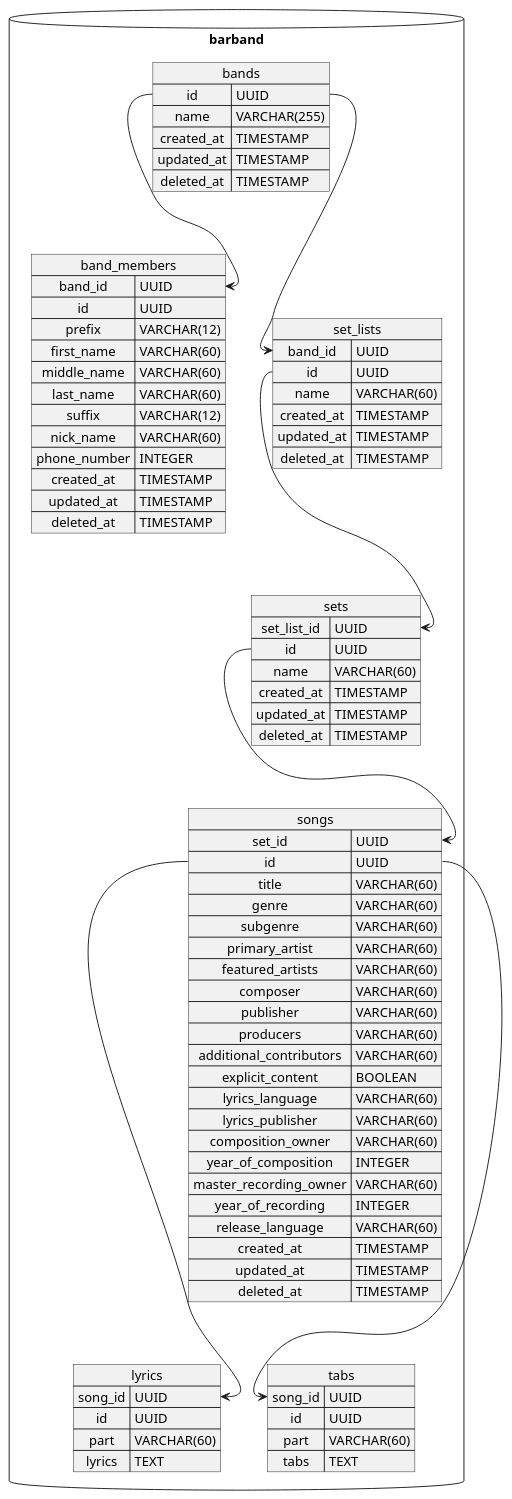
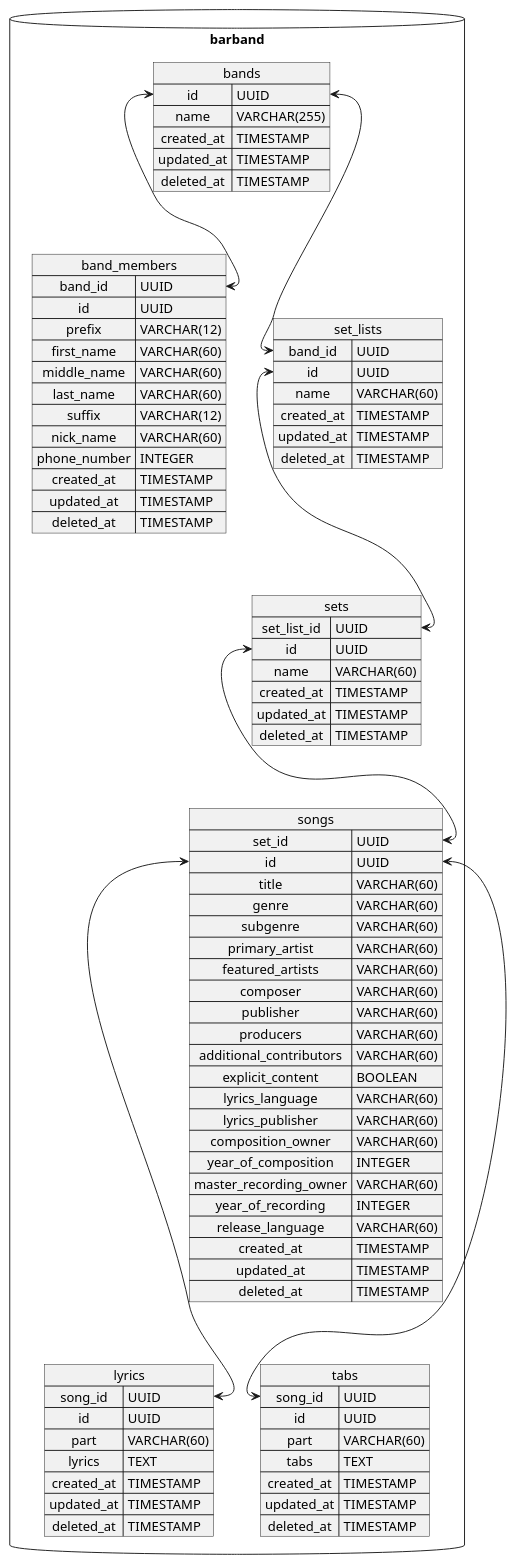
One commit to j4ng5y/barband changed the diagram in docs/diagrams/database.puml. Above: the diagram before and after it, drawn with PlantUML. The commit also changed 3 other files, not shown here.

```diff
--- a/docs/diagrams/database.puml
+++ b/docs/diagrams/database.puml
@@ -1,86 +1,92 @@
 @startuml
 database barband {
 	map bands {
 		id => UUID
 		name => VARCHAR(255)
 		created_at => TIMESTAMP
 		updated_at => TIMESTAMP
 		deleted_at => TIMESTAMP
 	}
 	map band_members {
 		band_id => UUID
 		id => UUID
 		prefix => VARCHAR(12)
 		first_name => VARCHAR(60)
 		middle_name => VARCHAR(60)
 		last_name => VARCHAR(60)
 		suffix => VARCHAR(12)
 		nick_name => VARCHAR(60)
 		phone_number => INTEGER
 		created_at => TIMESTAMP
 		updated_at => TIMESTAMP
 		deleted_at => TIMESTAMP
 	}
 	map set_lists {
 		band_id => UUID
 		id => UUID
 		name => VARCHAR(60)
 		created_at => TIMESTAMP
 		updated_at => TIMESTAMP
 		deleted_at => TIMESTAMP
 	}
 	map sets {
 		set_list_id => UUID
 		id => UUID
 		name => VARCHAR(60)
 		created_at => TIMESTAMP
 		updated_at => TIMESTAMP
 		deleted_at => TIMESTAMP
 	}
 	map songs {
 		set_id => UUID
 		id => UUID
 		title => VARCHAR(60)
 		genre => VARCHAR(60)
 		subgenre => VARCHAR(60)
 		primary_artist => VARCHAR(60)
 		featured_artists => VARCHAR(60)
 		composer => VARCHAR(60)
 		publisher => VARCHAR(60)
 		producers => VARCHAR(60)
 		additional_contributors => VARCHAR(60)
 		explicit_content => BOOLEAN
 		lyrics_language => VARCHAR(60)
 		lyrics_publisher => VARCHAR(60)
 		composition_owner => VARCHAR(60)
 		year_of_composition => INTEGER
 		master_recording_owner => VARCHAR(60)
 		year_of_recording => INTEGER
 		release_language => VARCHAR(60)
 		created_at => TIMESTAMP
 		updated_at => TIMESTAMP
 		deleted_at => TIMESTAMP
 	}
 
 	map lyrics {
 		song_id => UUID
 		id => UUID
 		part => VARCHAR(60)
 		lyrics => TEXT
+		created_at => TIMESTAMP
+		updated_at => TIMESTAMP
+		deleted_at => TIMESTAMP
 	}
 
 	map tabs {
 		song_id => UUID
 		id => UUID
 		part => VARCHAR(60)
 		tabs => TEXT
+		created_at => TIMESTAMP
+		updated_at => TIMESTAMP
+		deleted_at => TIMESTAMP
 	}
 
-	bands::id --> band_members::band_id
-	bands::id --> set_lists::band_id
-	set_lists::id --> sets::set_list_id
-	sets::id --> songs::set_id
-	songs::id --> lyrics::song_id
-	songs::id --> tabs::song_id
+	bands::id <--> band_members::band_id
+	bands::id <--> set_lists::band_id
+	set_lists::id <--> sets::set_list_id
+	sets::id <--> songs::set_id
+	songs::id <--> lyrics::song_id
+	songs::id <--> tabs::song_id
 }
 @enduml
```
